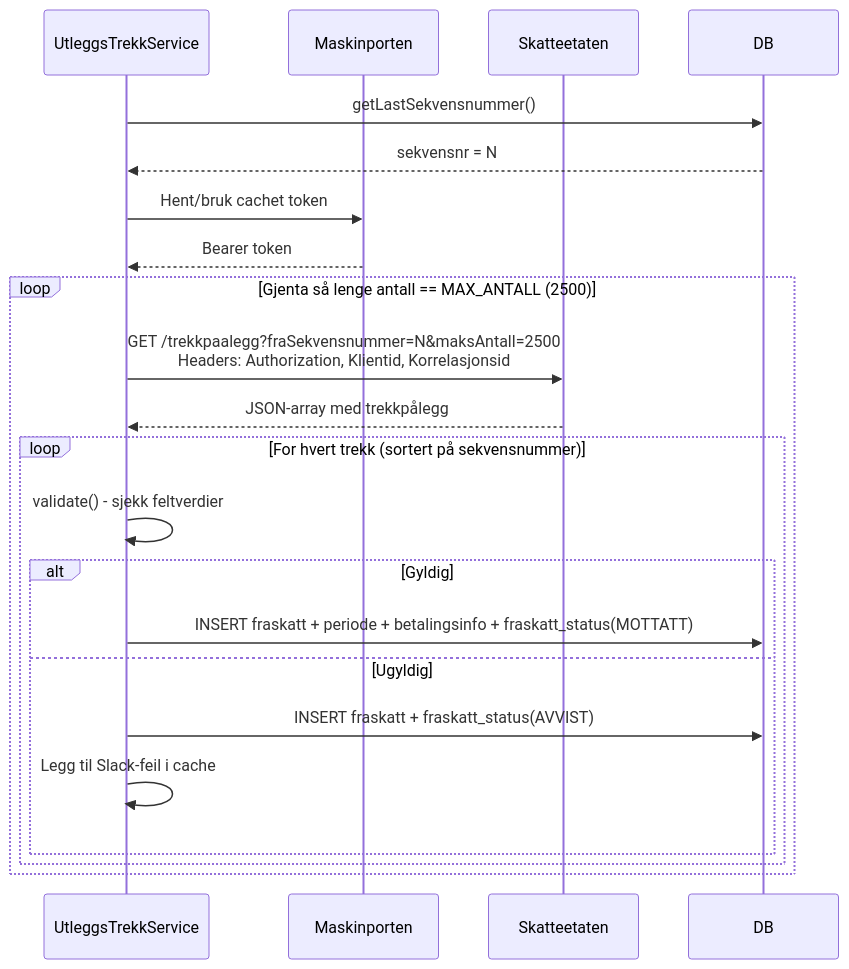
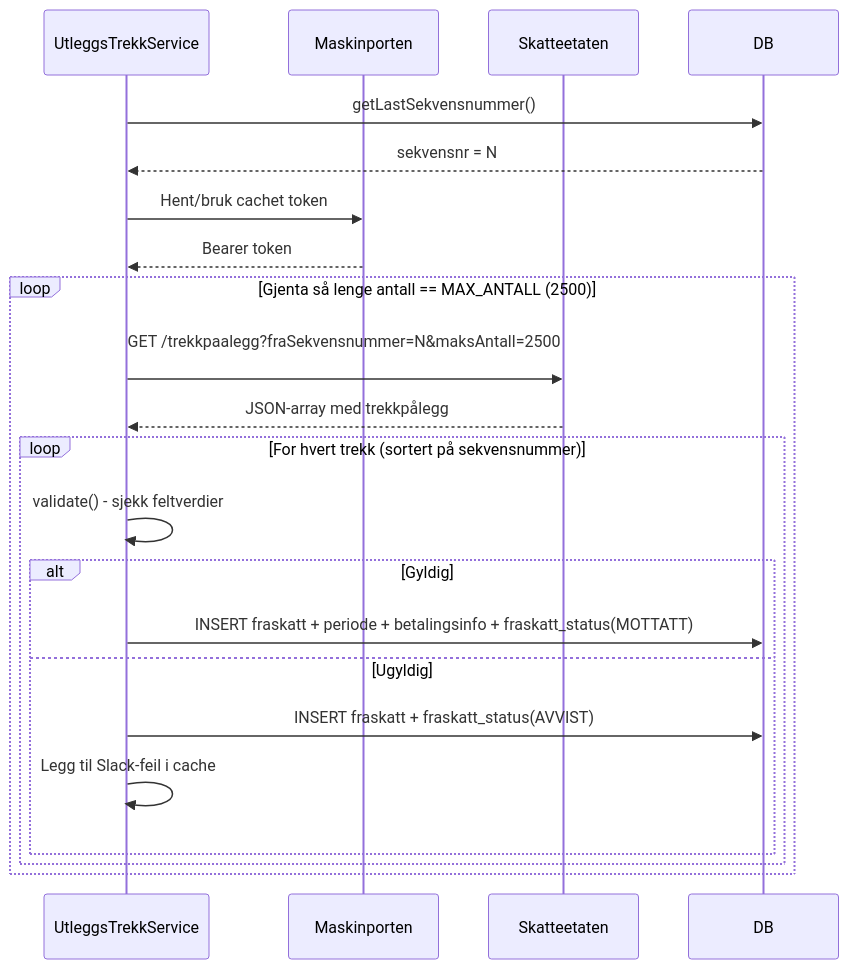
One commit to navikt/sokos-utleggstrekk changed the second of 7 diagrams in dokumentasjon/sekvensdiagrammer.md. Above: the diagram before and after it, drawn with Mermaid. The commit also changed 26 other files, not shown here.

````diff
--- a/dokumentasjon/sekvensdiagrammer.md
+++ b/dokumentasjon/sekvensdiagrammer.md
@@ -66,28 +66,28 @@
 ```mermaid
 sequenceDiagram
     participant Service as UtleggsTrekkService
     participant Maskinporten
     participant SKE as Skatteetaten
     participant DB
 
     Service->>DB: getLastSekvensnummer()
     DB-->>Service: sekvensnr = N
 
     Service->>Maskinporten: Hent/bruk cachet token
     Maskinporten-->>Service: Bearer token
 
     loop Gjenta så lenge antall == MAX_ANTALL (2500)
-        Service->>SKE: GET /trekkpaalegg?fraSekvensnummer=N&maksAntall=2500<br/>Headers: Authorization, Klientid, Korrelasjonsid
+        Service->>SKE: GET /trekkpaalegg?fraSekvensnummer=N&maksAntall=2500<br/>
         SKE-->>Service: JSON-array med trekkpålegg
 
         loop For hvert trekk (sortert på sekvensnummer)
             Service->>Service: validate() - sjekk feltverdier
             alt Gyldig
                 Service->>DB: INSERT fraskatt + periode + betalingsinfo + fraskatt_status(MOTTATT)
             else Ugyldig
                 Service->>DB: INSERT fraskatt + fraskatt_status(AVVIST)
                 Service->>Service: Legg til Slack-feil i cache
             end
         end
     end
 ```
````
